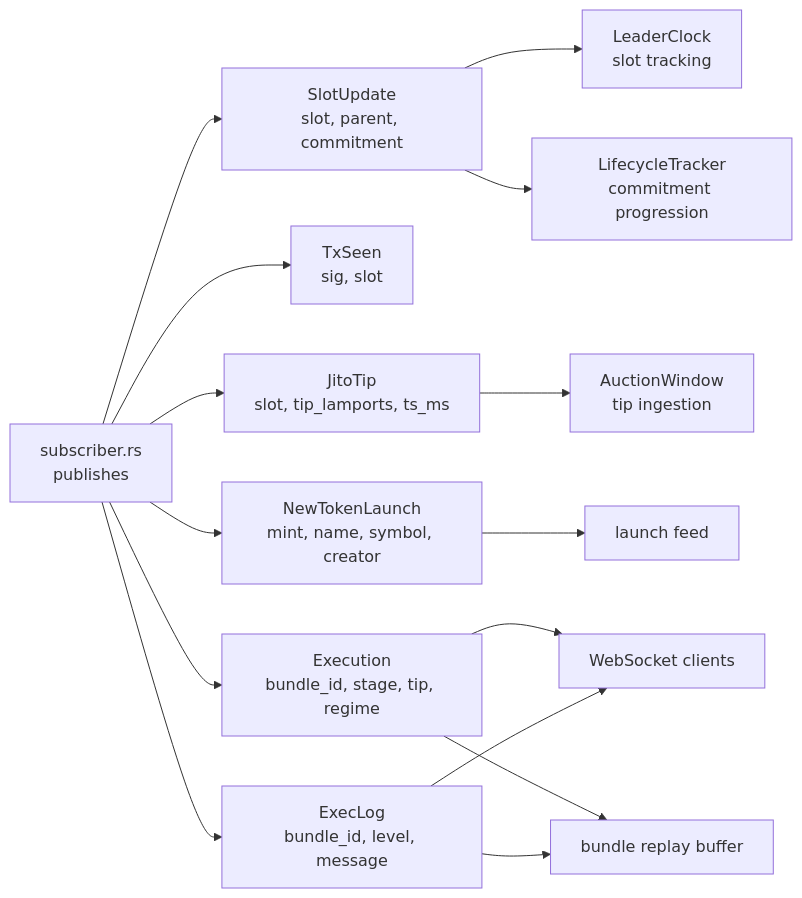
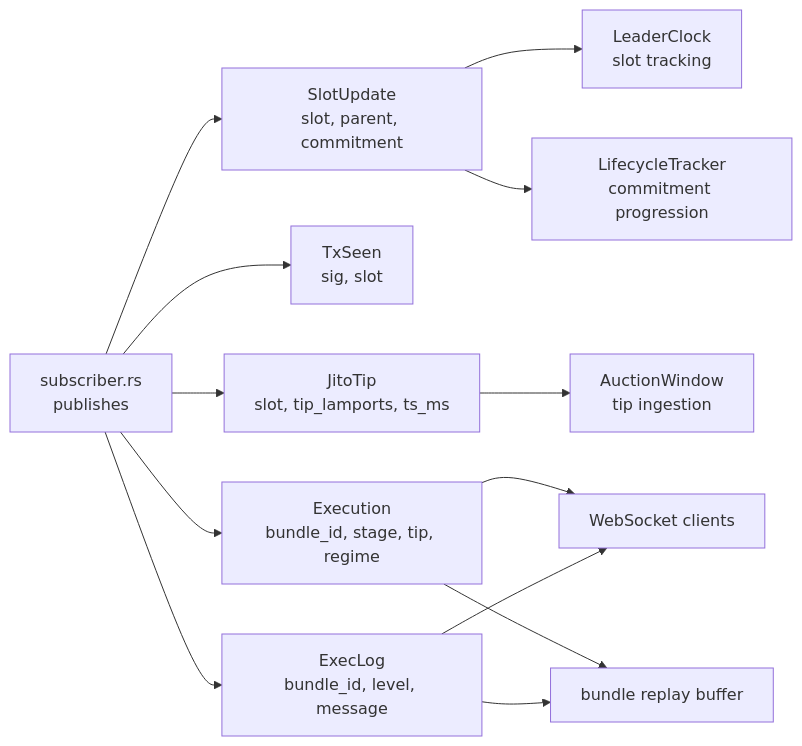
One commit to AlphaR2/styx changed the sixth of 8 diagrams in ARCHITECTURE.md. Above: the diagram before and after it, drawn with Mermaid. The commit also changed other lines of this file and 18 other files, not shown here.

````diff
--- a/ARCHITECTURE.md
+++ b/ARCHITECTURE.md
@@ -171,20 +171,18 @@
 ```mermaid
 flowchart LR
     PUB["subscriber.rs<br/>publishes"]
 
     PUB --> E1["SlotUpdate<br/>slot, parent, commitment"]
     PUB --> E2["TxSeen<br/>sig, slot"]
     PUB --> E3["JitoTip<br/>slot, tip_lamports, ts_ms"]
-    PUB --> E4["NewTokenLaunch<br/>mint, name, symbol, creator"]
     PUB --> E5["Execution<br/>bundle_id, stage, tip, regime"]
     PUB --> E6["ExecLog<br/>bundle_id, level, message"]
 
     E1 --> C1["LeaderClock<br/>slot tracking"]
     E1 --> C2["LifecycleTracker<br/>commitment progression"]
     E3 --> C3["AuctionWindow<br/>tip ingestion"]
-    E4 --> C4["launch feed"]
     E5 --> C5["WebSocket clients"]
     E5 --> C6["bundle replay buffer"]
     E6 --> C5
     E6 --> C6
 ```
````
